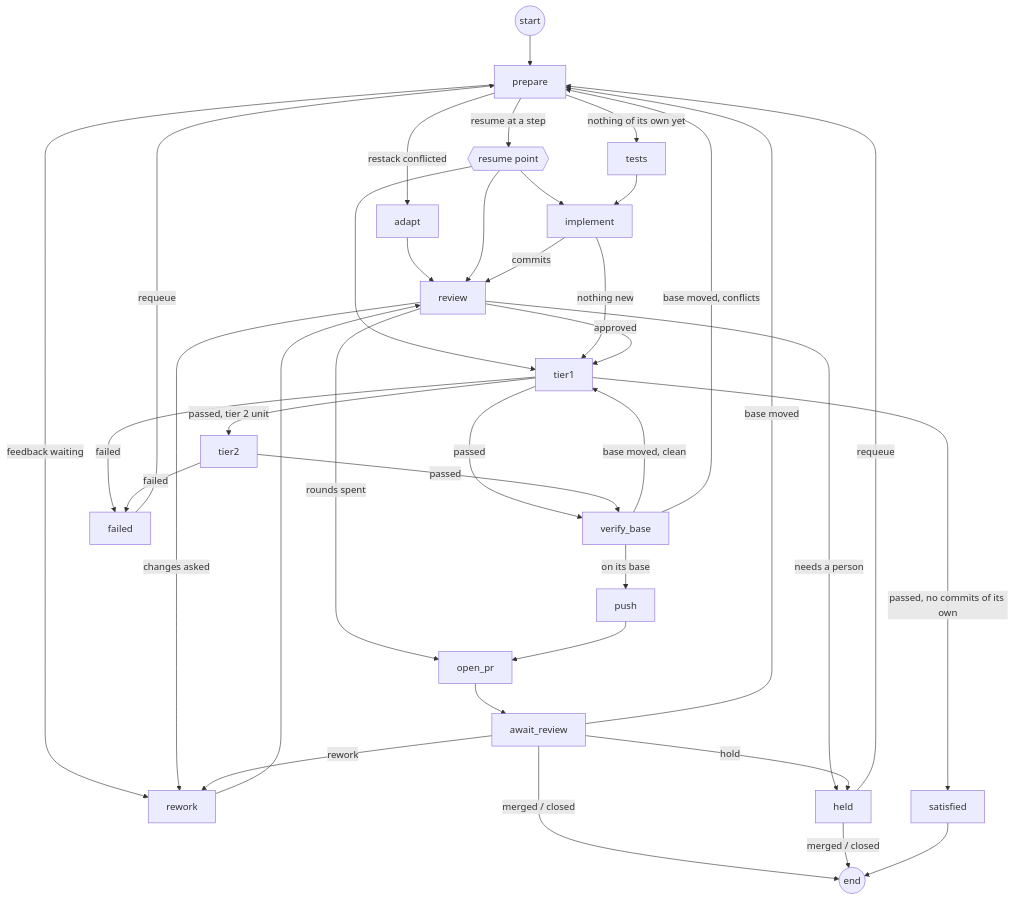
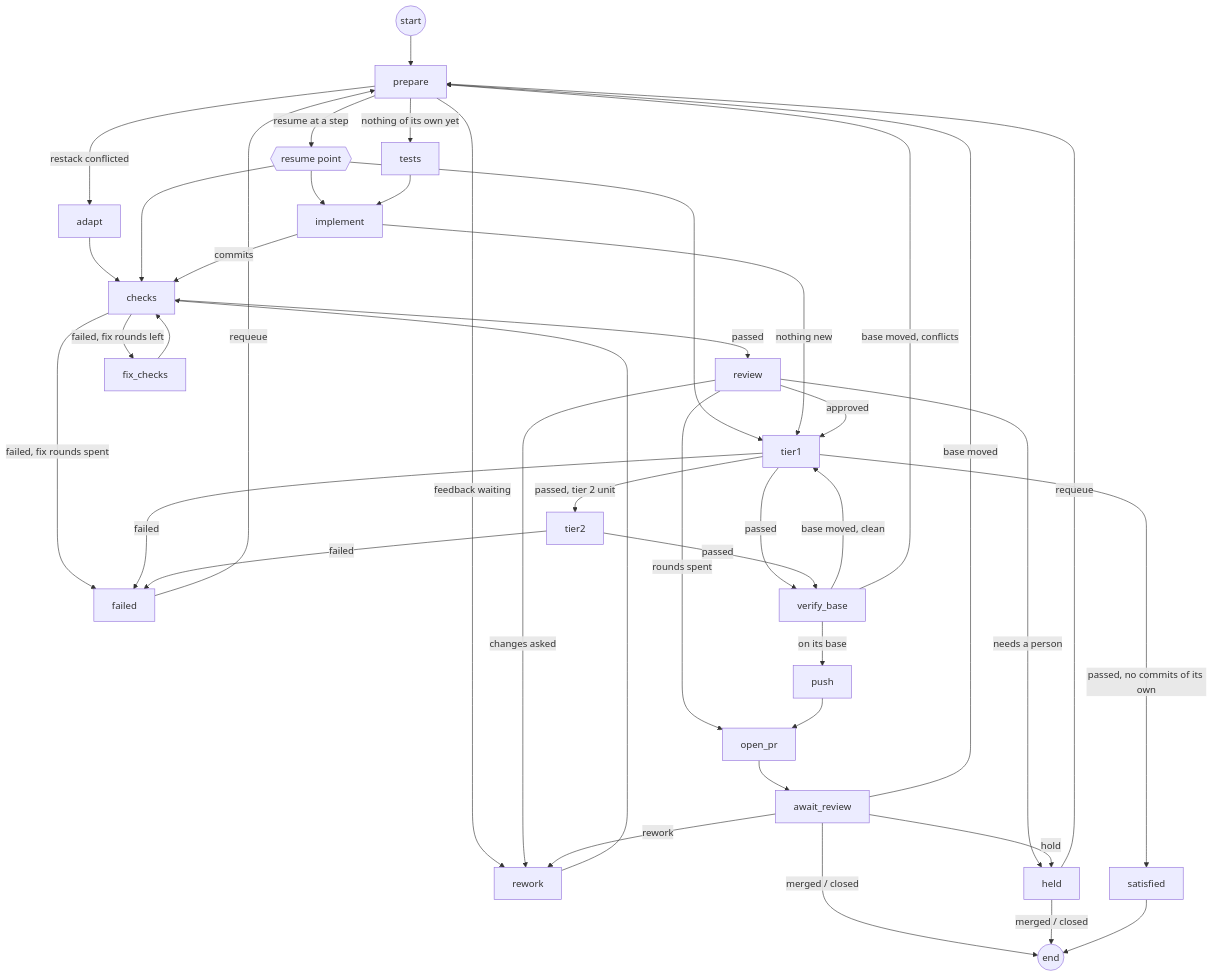
The diagram in docs/unit-graph.md (bwmatson/agent-build-kit), drawn with Mermaid before and after one commit. The commit also changed other lines of this file and 13 other files, not shown here.

````diff
--- a/docs/unit-graph.md
+++ b/docs/unit-graph.md
@@ -97,37 +97,41 @@
 ```mermaid
 flowchart TD
     start((start)) --> prepare
     prepare -->|nothing of its own yet| tests
     prepare -->|resume at a step| resume{{resume point}}
     prepare -->|restack conflicted| adapt
     prepare -->|feedback waiting| rework
-    adapt --> review
-    resume --> implement & review & tier1
+    adapt --> checks
+    resume --> implement & checks & tier1
     tests --> implement
-    implement -->|commits| review
+    implement -->|commits| checks
     implement -->|nothing new| tier1
+    checks -->|passed| review
+    checks -->|failed, fix rounds left| fix_checks
+    checks -->|failed, fix rounds spent| failed
+    fix_checks --> checks
     review -->|approved| tier1
     review -->|changes asked| rework
     review -->|needs a person| held
     review -->|rounds spent| open_pr
-    rework --> review
+    rework --> checks
     tier1 -->|passed, no commits of its own| satisfied
     tier1 -->|passed, tier 2 unit| tier2
     tier1 -->|passed| verify_base
     tier1 -->|failed| failed
     tier2 -->|passed| verify_base
     tier2 -->|failed| failed
     verify_base -->|base moved, clean| tier1
     verify_base -->|base moved, conflicts| prepare
     verify_base -->|on its base| push
     push --> open_pr
     open_pr --> await_review
     await_review -->|rework| rework
     await_review -->|base moved| prepare
     await_review -->|hold| held
     await_review -->|merged / closed| finished((end))
     held -->|requeue| prepare
     held -->|merged / closed| finished
     satisfied --> finished
     failed -->|requeue| prepare
 ```
````
